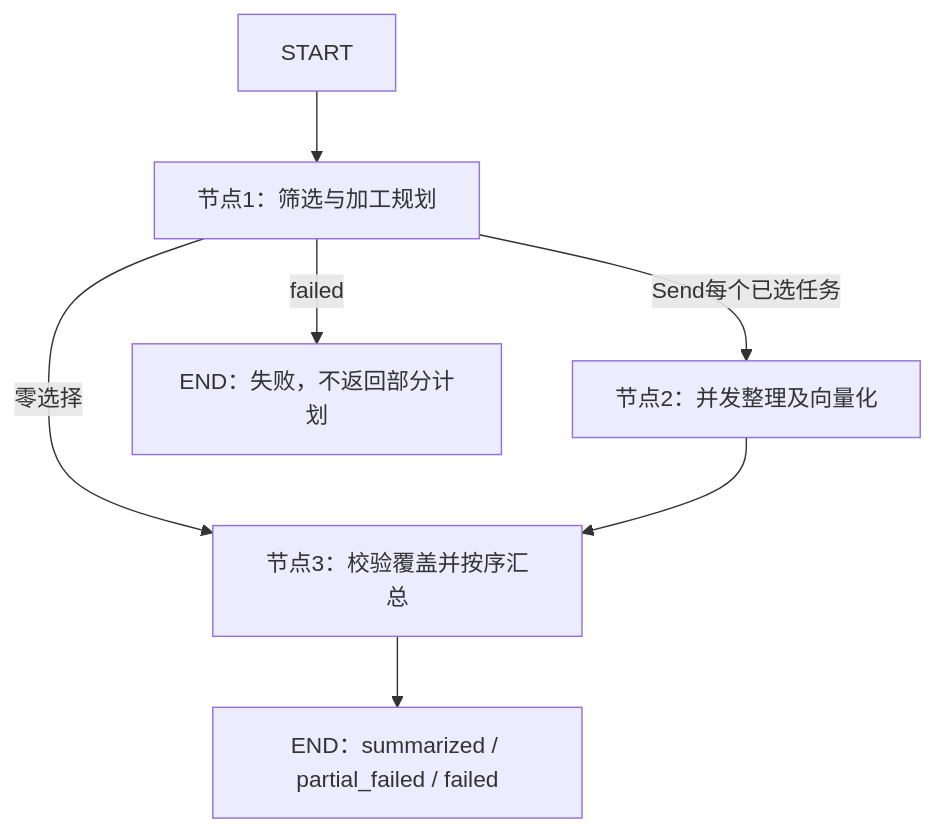
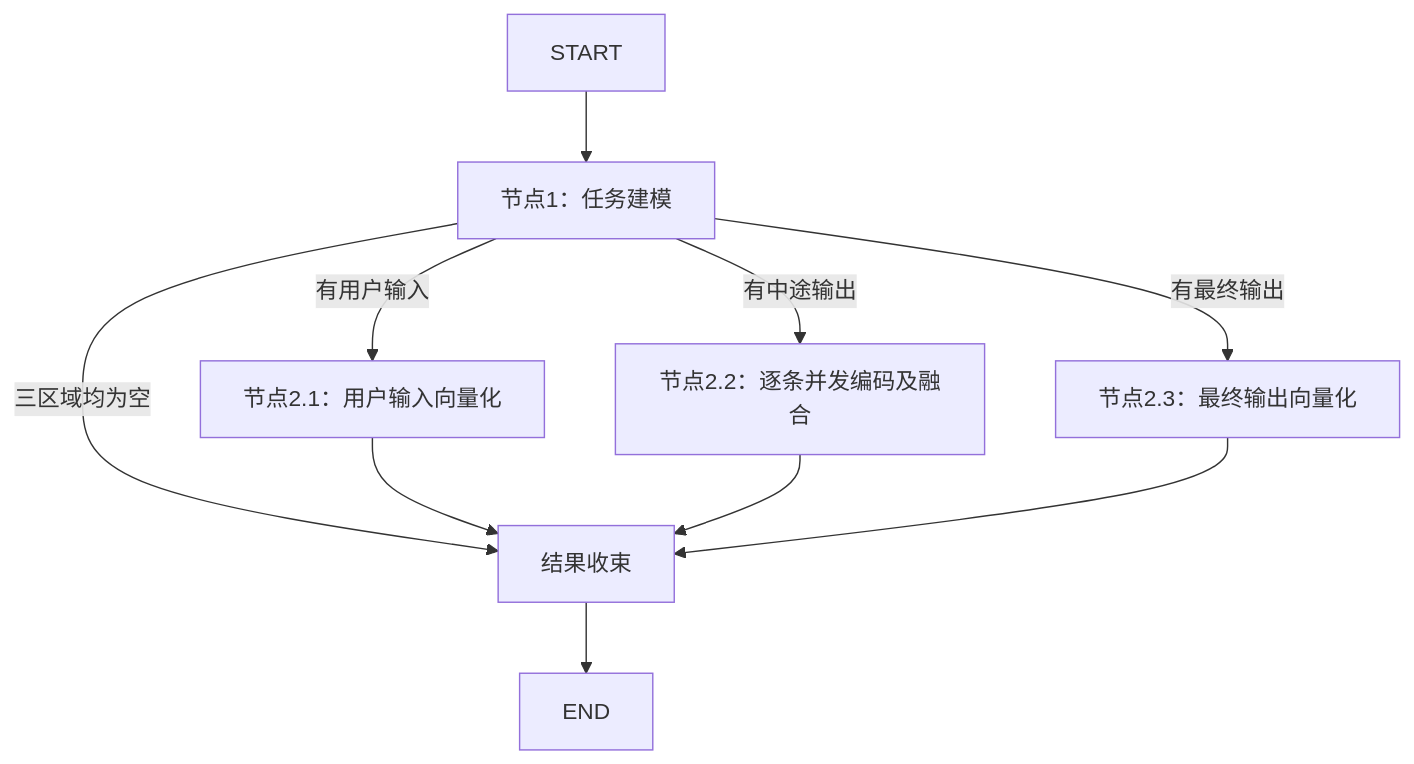
The diagram in description/architecture/workflow/conversation-memory/readme.md (caicai-6666/contract-service-be), drawn with Mermaid before and after one commit. The commit also changed other lines of this file and 351 other files, not shown here.

````diff
--- a/description/architecture/workflow/conversation-memory/readme.md
+++ b/description/architecture/workflow/conversation-memory/readme.md
@@ -31,9 +9,12 @@
 ```mermaid
 flowchart TD
-    start["START"] --> plan["节点1：筛选与加工规划"]
-    plan -->|Send每个已选任务| process["节点2：并发整理及向量化"]
-    plan -->|零选择| collect["节点3：校验覆盖并按序汇总"]
-    plan -->|failed| failure["END：失败，不返回部分计划"]
-    process --> collect
-    collect --> finish["END：summarized / partial_failed / failed"]
+    start[START] --> model[节点1：任务建模]
+    model -->|有用户输入| input[节点2.1：用户输入向量化]
+    model -->|有中途输出| middle[节点2.2：逐条并发编码及融合]
+    model -->|有最终输出| final[节点2.3：最终输出向量化]
+    model -->|三区域均为空| collect[结果收束]
+    input --> collect
+    middle --> collect
+    final --> collect
+    collect --> endNode[END]
 ```
````
